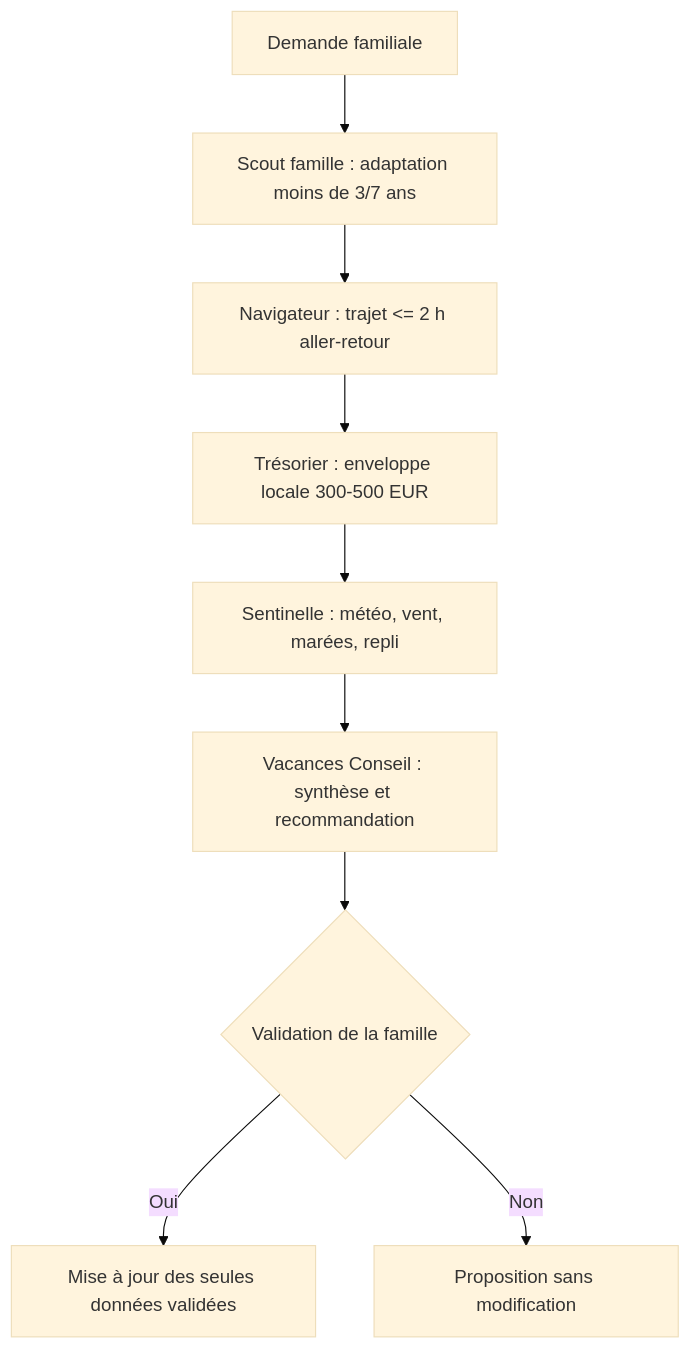
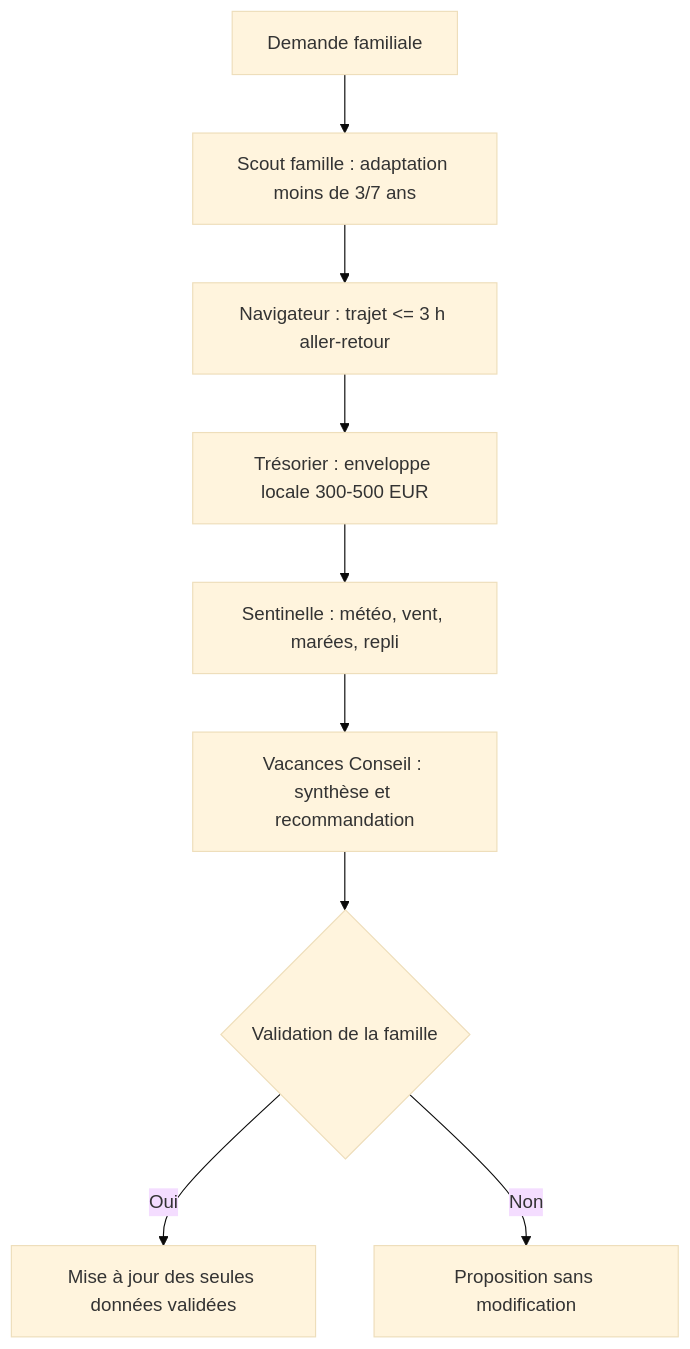
Before and after one commit to rbatos/vacances-agent-system-cancale: the diagram in README.md, drawn with Mermaid (base theme). The commit also changed other lines of this file and 18 other files, not shown here.

````diff
--- a/README.md
+++ b/README.md
@@ -17,11 +17,11 @@
 ```mermaid
 graph TD
     A[Demande familiale] -->     B[Scout famille : adaptation moins de 3/7 ans]
-    B --> C[Navigateur : trajet <= 2 h aller-retour]
+    B --> C[Navigateur : trajet <= 3 h aller-retour]
     C --> D[Trésorier : enveloppe locale 300-500 EUR]
     D --> E[Sentinelle : météo, vent, marées, repli]
     E --> F[Vacances Conseil : synthèse et recommandation]
     F --> G{Validation de la famille}
     G -->|Oui| H[Mise à jour des seules données validées]
     G -->|Non| I[Proposition sans modification]
 ```
````
